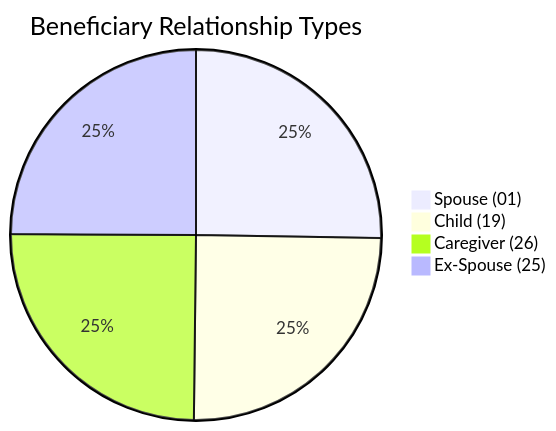
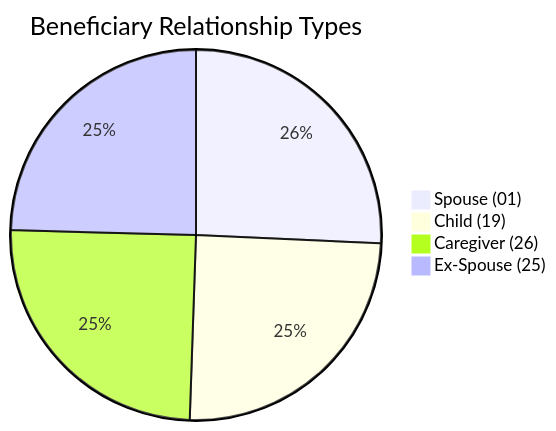
Before and after one commit to dhagan-va/intern-2025: the eighth of 10 diagrams in test-tools/DataGen/src/Statistics_Visualizer.md, drawn with Mermaid. The commit also changed other lines of this file and 5 other files, not shown here.

````diff
--- a/test-tools/DataGen/src/Statistics_Visualizer.md
+++ b/test-tools/DataGen/src/Statistics_Visualizer.md
@@ -85,7 +85,7 @@
 ```mermaid
 pie title Beneficiary Relationship Types
-    "Spouse (01)" : 11479
-    "Child (19)" : 11318
-    "Caregiver (26)" : 11311
-    "Ex-Spouse (25)" : 11320
+    "Spouse (01)" : 1286
+    "Child (19)" : 1241
+    "Caregiver (26)" : 1244
+    "Ex-Spouse (25)" : 1229
 ```
````
